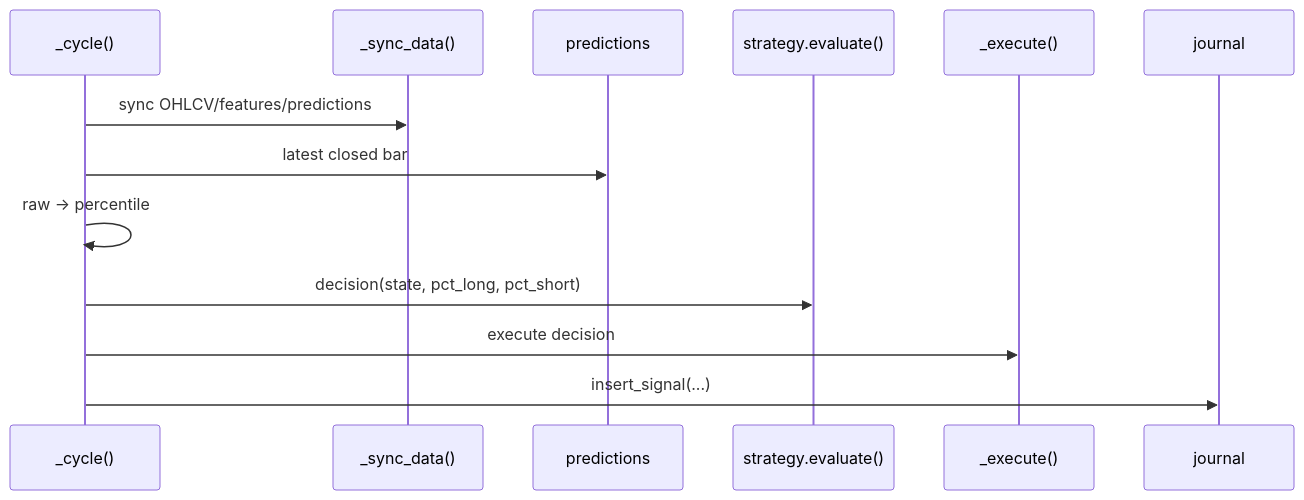
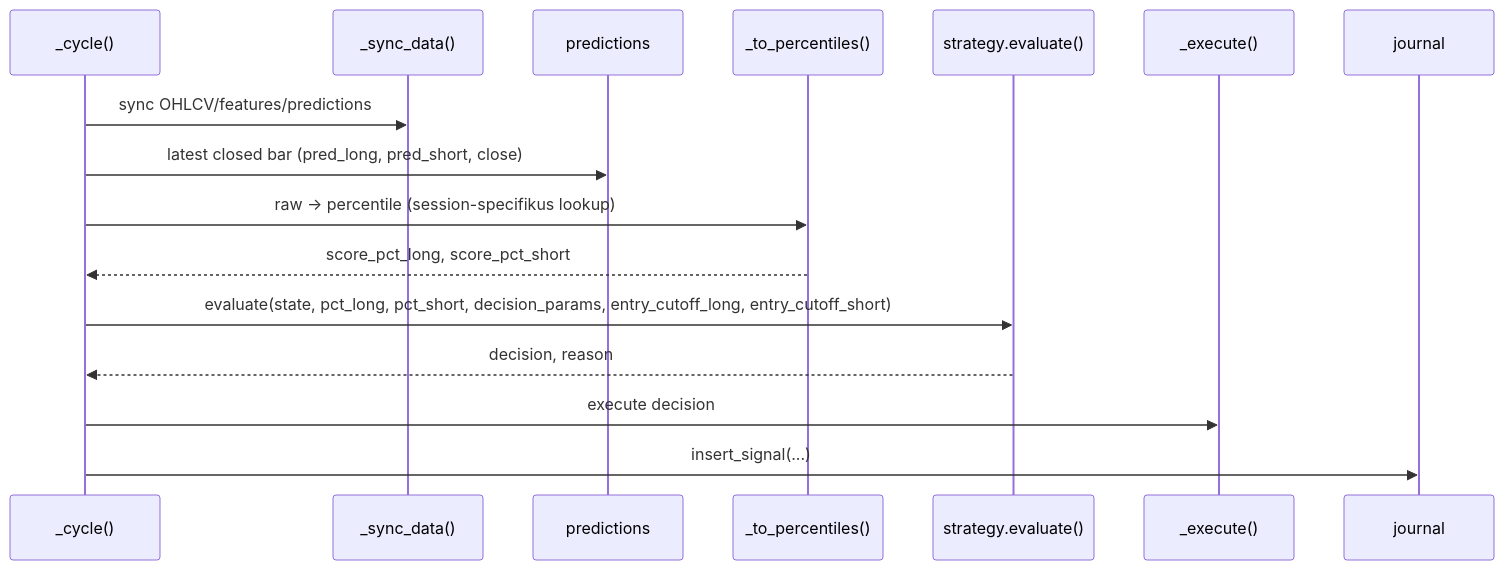
Before and after one commit to Nemesis14/chronoquant: the third of 4 diagrams in _doc_/database_and_code_doc/7120_trading_service.md, drawn with Mermaid. The commit also changed other lines of this file and 837 other files, not shown here.

````diff
--- a/_doc_/database_and_code_doc/7120_trading_service.md
+++ b/_doc_/database_and_code_doc/7120_trading_service.md
@@ -88,16 +99,19 @@
 ```mermaid
 sequenceDiagram
   participant Cycle as _cycle()
   participant Sync as _sync_data()
   participant DB as predictions
+  participant PCT as _to_percentiles()
   participant Eval as strategy.evaluate()
   participant Exec as _execute()
   participant Journal as journal
 
   Cycle->>Sync: sync OHLCV/features/predictions
-  Cycle->>DB: latest closed bar
-  Cycle->>Cycle: raw -> percentile
-  Cycle->>Eval: decision(state, pct_long, pct_short)
+  Cycle->>DB: latest closed bar (pred_long, pred_short, close)
+  Cycle->>PCT: raw -> percentile (session-specifikus lookup)
+  PCT-->>Cycle: score_pct_long, score_pct_short
+  Cycle->>Eval: evaluate(state, pct_long, pct_short, decision_params, entry_cutoff_long, entry_cutoff_short)
+  Eval-->>Cycle: decision, reason
   Cycle->>Exec: execute decision
   Cycle->>Journal: insert_signal(...)
 ```
````
